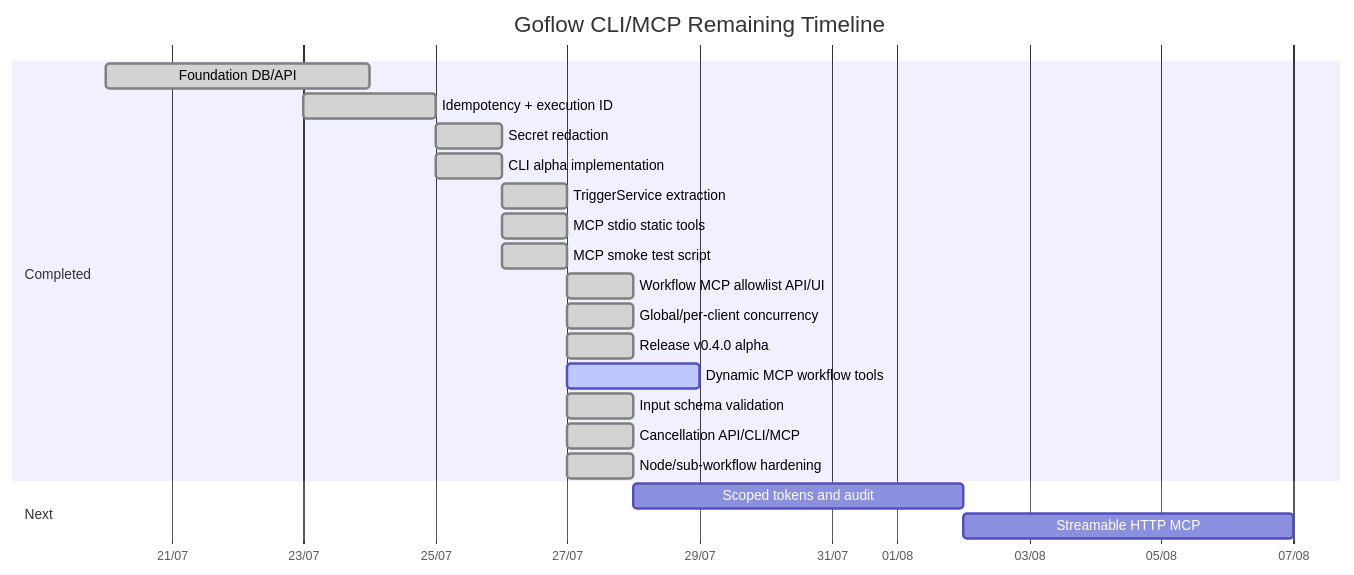
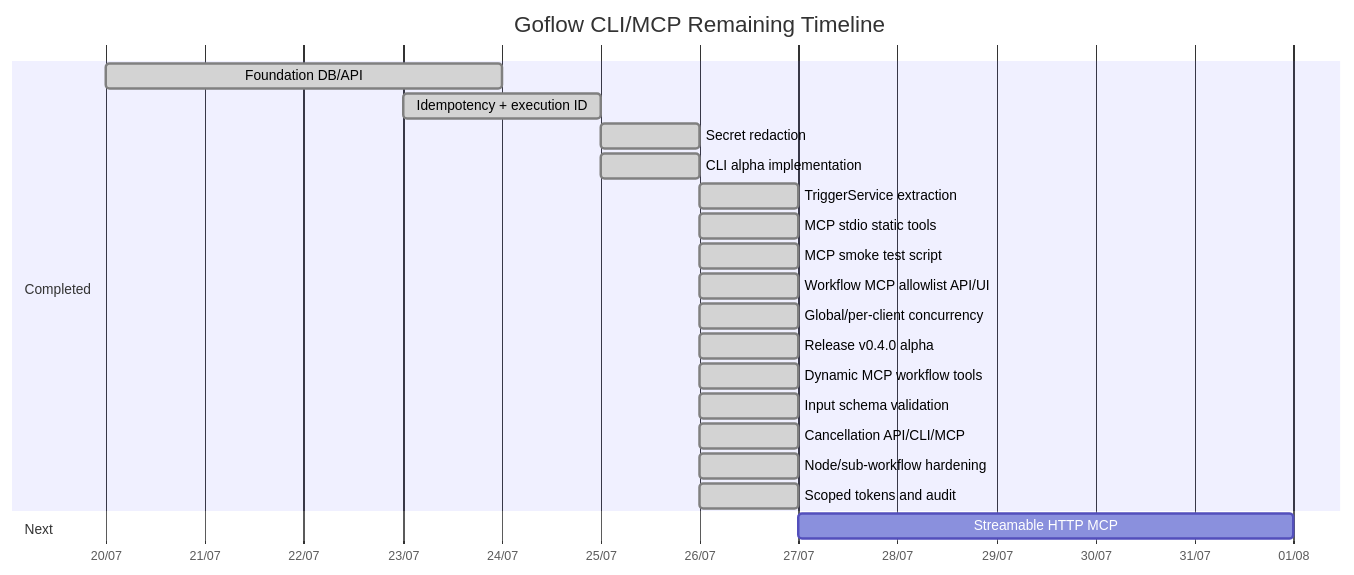
The second of 2 diagrams in ROADMAP_PROGRESS.md (hstptcn5/Goflow), drawn with Mermaid before and after one commit. The commit also changed other lines of this file and 16 other files, not shown here.

First line of the commit message:
Add scoped tokens and audit logging

````diff
--- a/ROADMAP_PROGRESS.md
+++ b/ROADMAP_PROGRESS.md
@@ -73,26 +73,26 @@
 ```mermaid
 gantt
     title Goflow CLI/MCP Remaining Timeline
     dateFormat  YYYY-MM-DD
     axisFormat  %d/%m
 
     section Completed
     Foundation DB/API             :done, f1, 2026-07-20, 4d
     Idempotency + execution ID     :done, f2, 2026-07-23, 2d
     Secret redaction               :done, f3, 2026-07-25, 1d
     CLI alpha implementation       :done, cli1, 2026-07-25, 1d
     TriggerService extraction      :done, svc1, 2026-07-26, 1d
     MCP stdio static tools         :done, mcp1, 2026-07-26, 1d
     MCP smoke test script          :done, mcp2, 2026-07-26, 1d
-    Workflow MCP allowlist API/UI  :done, mcp3, 2026-07-27, 1d
-    Global/per-client concurrency  :done, hard0, 2026-07-27, 1d
-    Release v0.4.0 alpha           :done, rel1, 2026-07-27, 1d
-    Dynamic MCP workflow tools     :active, mcp4, 2026-07-27, 2d
-    Input schema validation        :done, mcp5, 2026-07-27, 1d
-    Cancellation API/CLI/MCP       :done, hard2, 2026-07-27, 1d
-    Node/sub-workflow hardening    :done, hard1, 2026-07-27, 1d
+    Workflow MCP allowlist API/UI  :done, mcp3, 2026-07-26, 1d
+    Global/per-client concurrency  :done, hard0, 2026-07-26, 1d
+    Release v0.4.0 alpha           :done, rel1, 2026-07-26, 1d
+    Dynamic MCP workflow tools     :done, mcp4, 2026-07-26, 1d
+    Input schema validation        :done, mcp5, 2026-07-26, 1d
+    Cancellation API/CLI/MCP       :done, hard2, 2026-07-26, 1d
+    Node/sub-workflow hardening    :done, hard1, 2026-07-26, 1d
+    Scoped tokens and audit        :done, sec1, 2026-07-26, 1d
 
     section Next
-    Scoped tokens and audit        :sec1, after hard1, 5d
     Streamable HTTP MCP            :http1, after sec1, 5d
 ```
````
